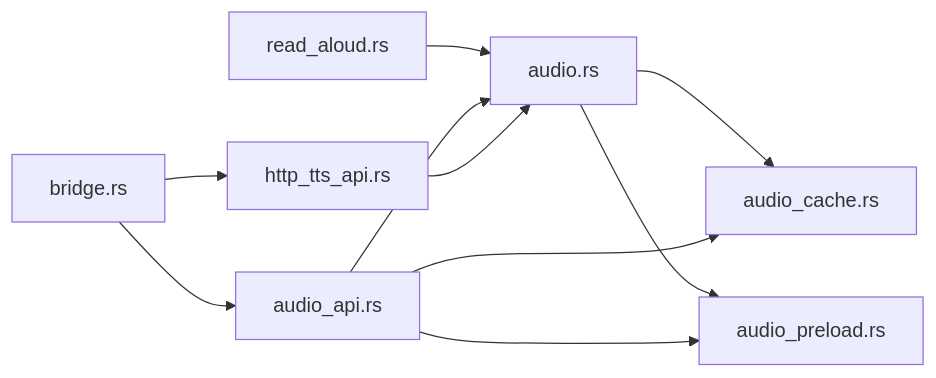
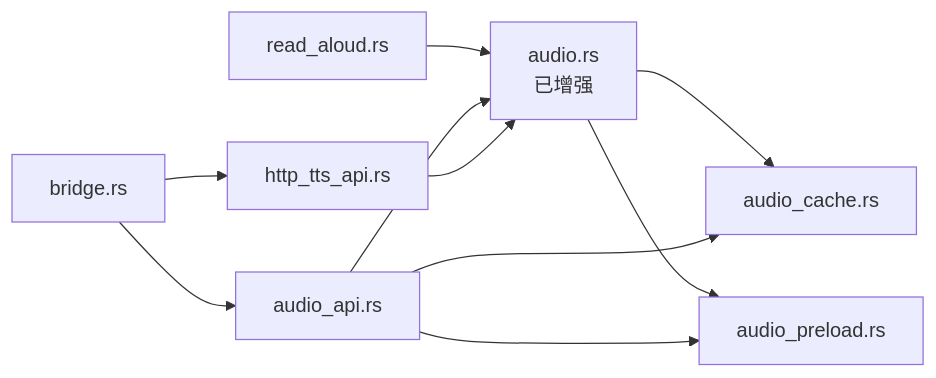
The seventh of 7 diagrams in .qoder/repowiki/zh/content/架构设计/分层架构设计/业务逻辑层/音频管理.md (ZhangGHGitHub/LegadoTeamFlutter), drawn with Mermaid before and after one commit. The commit also changed other lines of this file and 66 other files, not shown here.

````diff
--- a/.qoder/repowiki/zh/content/架构设计/分层架构设计/业务逻辑层/音频管理.md
+++ b/.qoder/repowiki/zh/content/架构设计/分层架构设计/业务逻辑层/音频管理.md
@@ -330,12 +341,12 @@
 ```mermaid
 graph LR
-Audio["audio.rs"] --> Cache["audio_cache.rs"]
+Audio["audio.rs<br/>已增强"] --> Cache["audio_cache.rs"]
 Audio --> Preload["audio_preload.rs"]
 ReadAloud["read_aloud.rs"] --> Audio
 AudioAPI["audio_api.rs"] --> Audio
 AudioAPI --> Cache
 AudioAPI --> Preload
 HttpTTS["http_tts_api.rs"] --> Audio
 Bridge["bridge.rs"] --> AudioAPI
 Bridge --> HttpTTS
 ```
````
